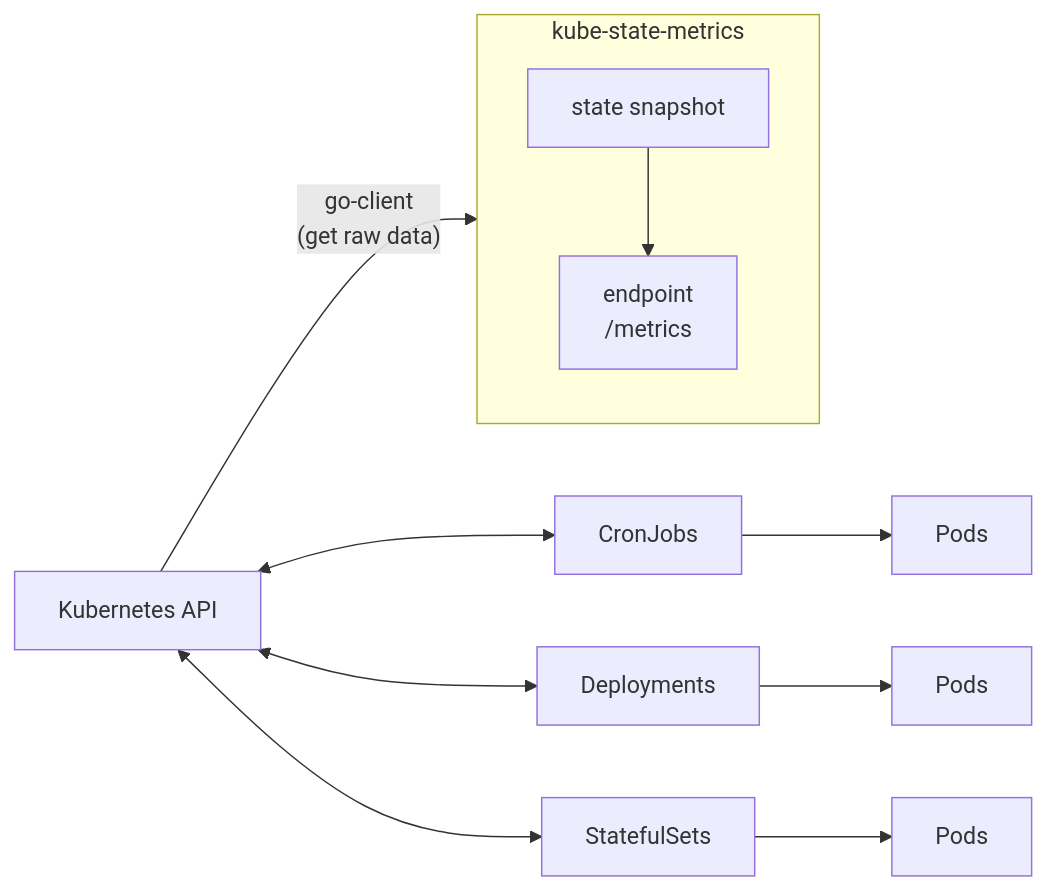
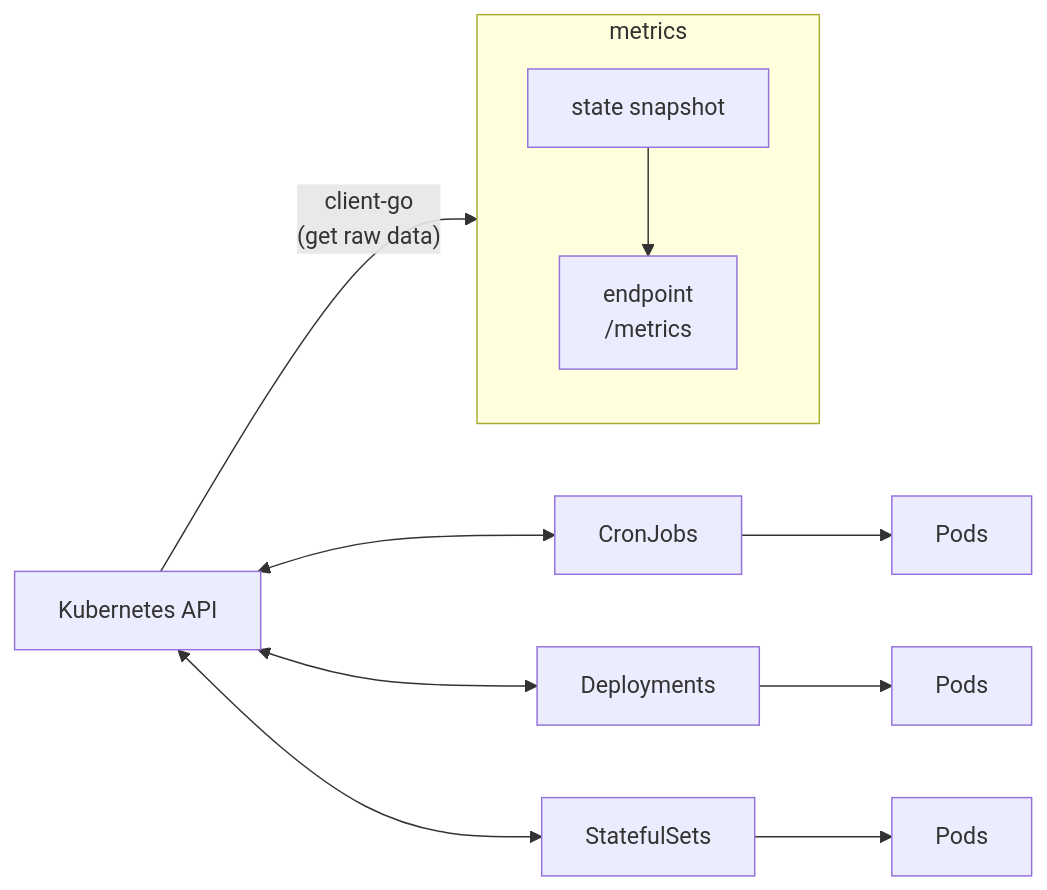
One commit to cool21540125/documentation-notes changed the first of 2 diagrams in Kubernetes/k8s_monitoring.md. Above: the diagram before and after it, drawn with Mermaid. The commit also changed other lines of this file and 4 other files, not shown here.

````diff
--- a/Kubernetes/k8s_monitoring.md
+++ b/Kubernetes/k8s_monitoring.md
@@ -16,13 +58,15 @@
 ```mermaid
 flowchart LR
 
-api[Kubernetes API] -- "go-client\n(get raw data)" --> metrics
+metrics["kube-state-metrics"];
 
-subgraph metrics["kube-state-metrics"]
+api[Kubernetes API] -- "client-go\n(get raw data)" --> metrics
+
+subgraph metrics
     state["state snapshot"] --> endpoint["endpoint\n/metrics"];
 end
 
 api <--> CronJobs --> p1[Pods];
 api <--> Deployments --> p2[Pods];
 api <--> StatefulSets --> p3[Pods];
 ```
````
